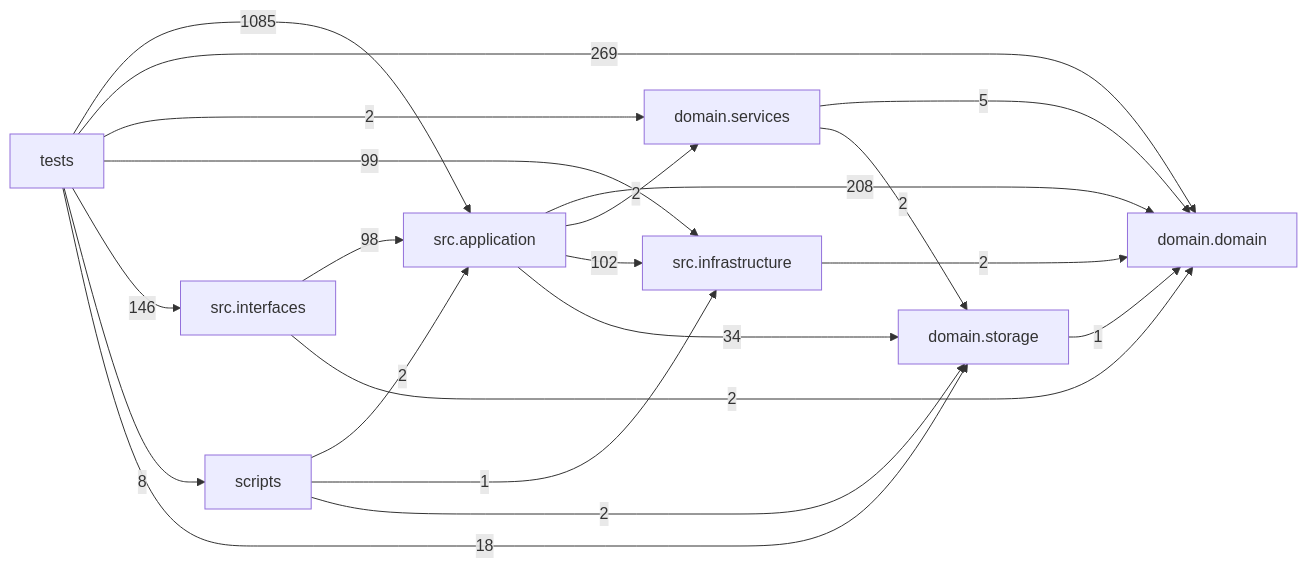
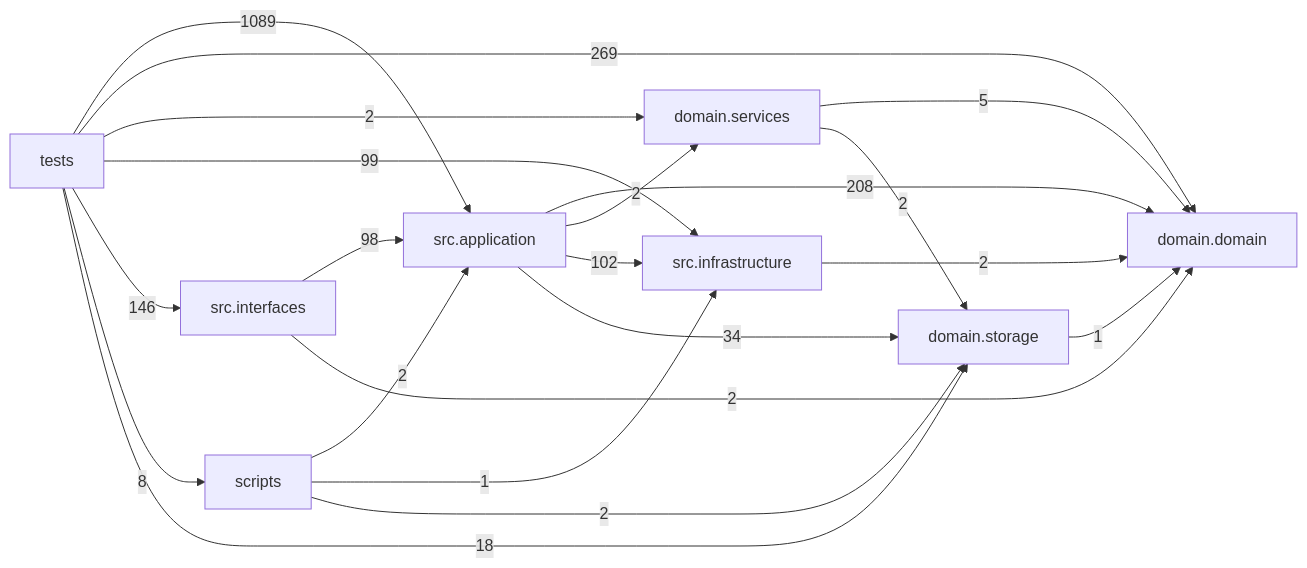
One commit to liuxie066/options-monitor changed the diagram in docs/DEPENDENCY_GRAPH.md. Above: the diagram before and after it, drawn with Mermaid. The commit also changed other lines of this file and 9 other files, not shown here.

````diff
--- a/docs/DEPENDENCY_GRAPH.md
+++ b/docs/DEPENDENCY_GRAPH.md
@@ -24,31 +24,31 @@
 ```mermaid
 flowchart LR
   tests["tests"]
   scripts["scripts"]
   interfaces["src.interfaces"]
   application["src.application"]
   infrastructure["src.infrastructure"]
   domain_services["domain.services"]
   domain["domain.domain"]
   storage["domain.storage"]
   application -->|208| domain
   application -->|2| domain_services
   application -->|102| infrastructure
   application -->|34| storage
   domain_services -->|5| domain
   domain_services -->|2| storage
   infrastructure -->|2| domain
   interfaces -->|98| application
   interfaces -->|2| domain
   scripts -->|2| application
   scripts -->|1| infrastructure
   scripts -->|2| storage
   storage -->|1| domain
-  tests -->|1085| application
+  tests -->|1089| application
   tests -->|269| domain
   tests -->|2| domain_services
   tests -->|99| infrastructure
   tests -->|146| interfaces
   tests -->|8| scripts
   tests -->|18| storage
 ```
````
